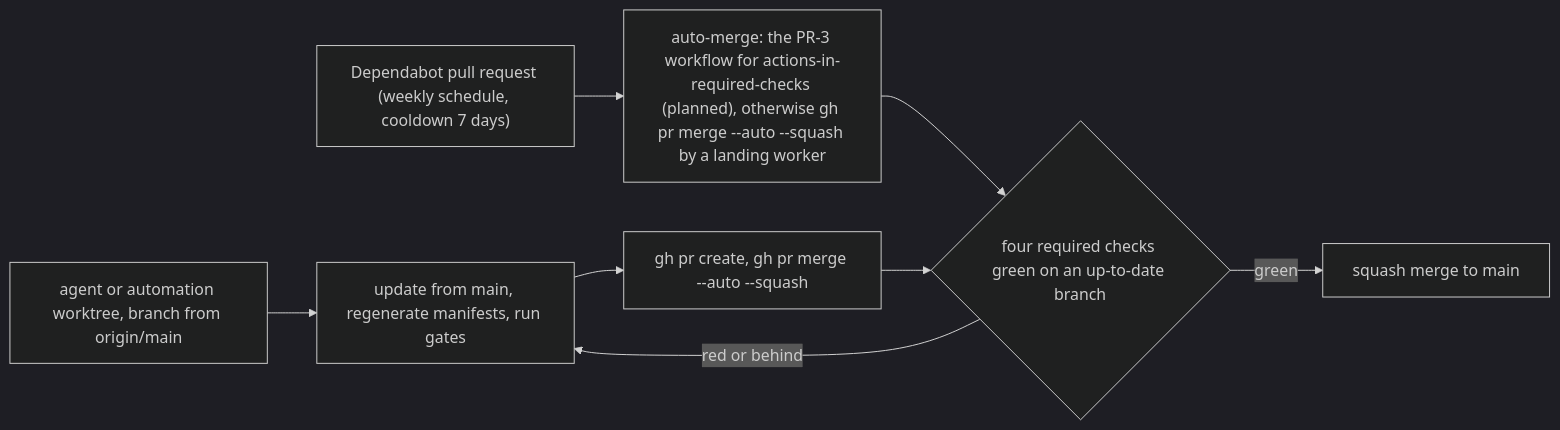
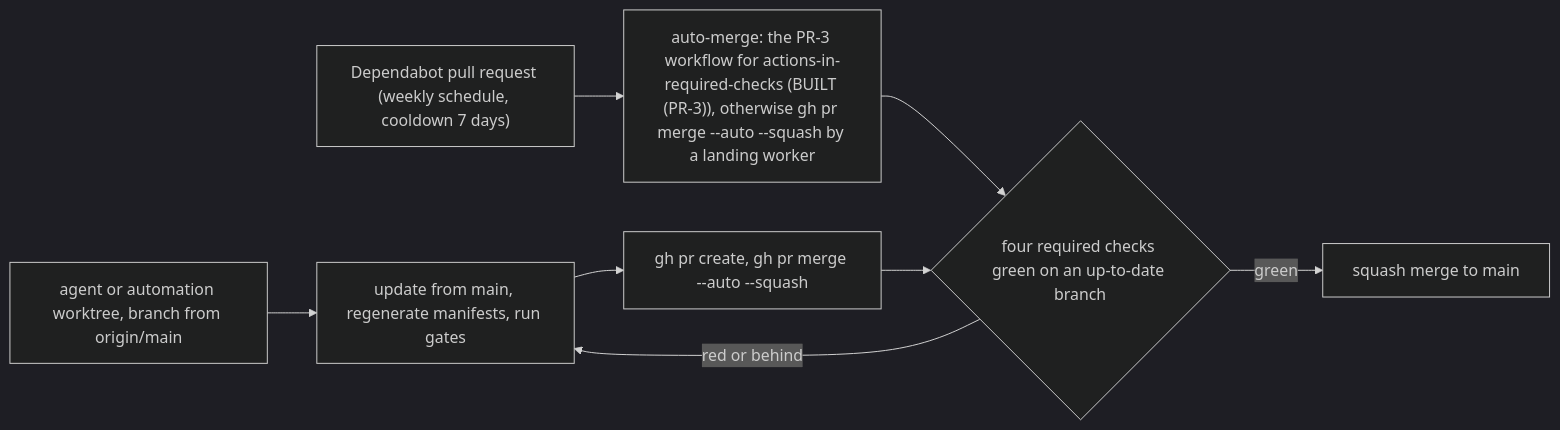
The diagram in docs/adr/ADR-0032.md (seathatflowsinourveins/noesis), drawn with Mermaid (dark theme) before and after one commit. The commit also changed other lines of this file and 3 other files, not shown here.

First line of the commit message:
ci(dependabot): auto-merge only the updates a required check exercises (#26)

````diff
--- a/docs/adr/ADR-0032.md
+++ b/docs/adr/ADR-0032.md
@@ -109,10 +111,10 @@
 ```mermaid
 flowchart LR
     W["agent or automation worktree, branch from origin/main"] --> R["update from main, regenerate manifests, run gates"]
     R --> P["gh pr create, gh pr merge --auto --squash"]
-    D["Dependabot pull request (weekly schedule, cooldown 7 days)"] --> A["auto-merge: the PR-3 workflow for actions-in-required-checks (planned), otherwise gh pr merge --auto --squash by a landing worker"]
+    D["Dependabot pull request (weekly schedule, cooldown 7 days)"] --> A["auto-merge: the PR-3 workflow for actions-in-required-checks (BUILT (PR-3)), otherwise gh pr merge --auto --squash by a landing worker"]
     A --> C
     P --> C{"four required checks green on an up-to-date branch"}
     C -- "red or behind" --> R
     C -- "green" --> M["squash merge to main"]
 ```
````
